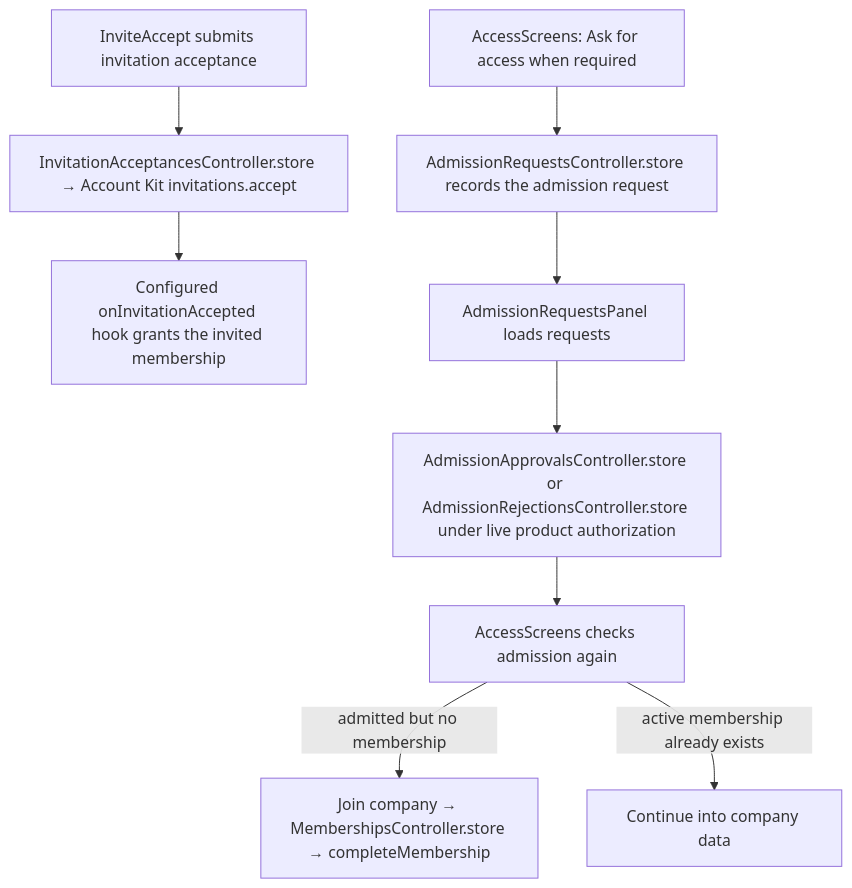
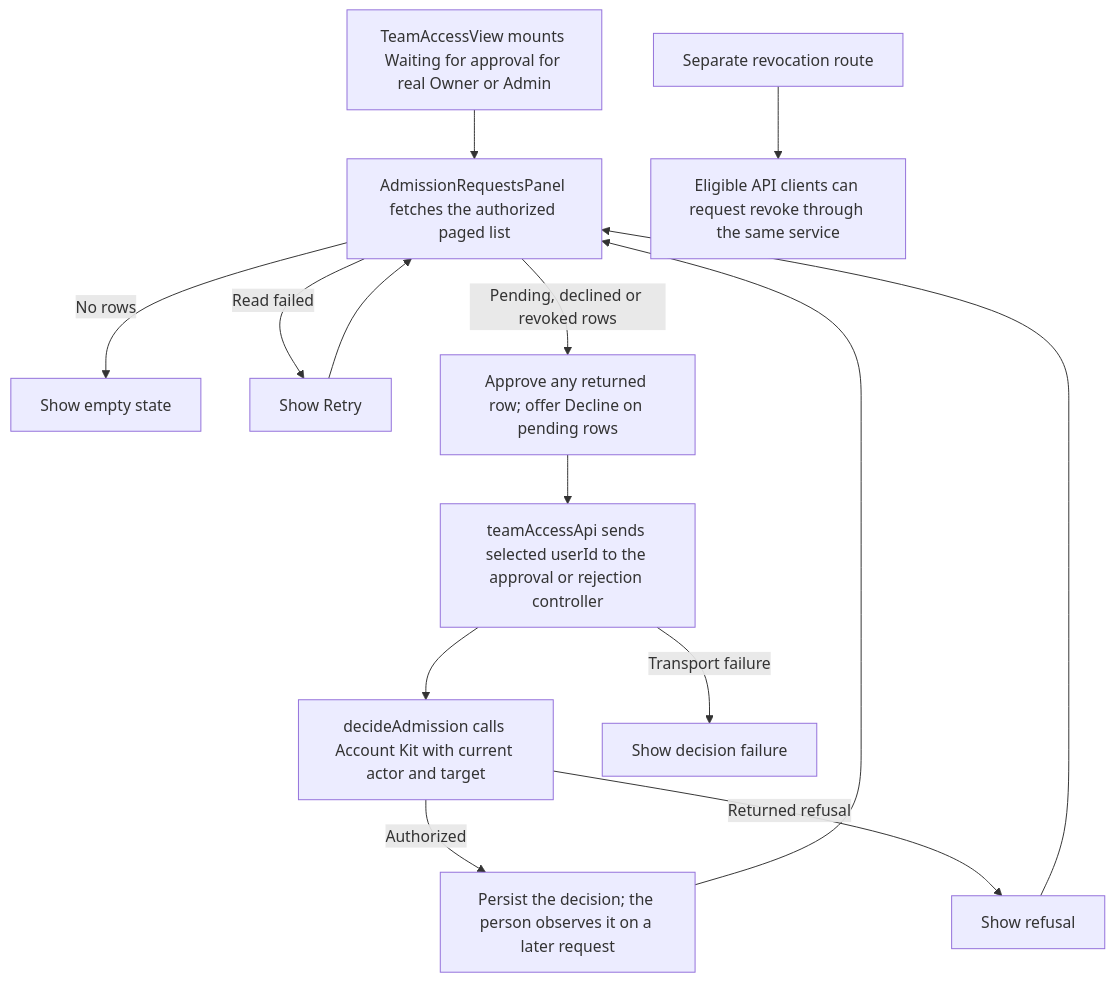
The second of 2 diagrams in user-stories/settings/US-SET-19-company-admission.md (Kevinjohn/capacitylens), drawn with Mermaid before and after one commit. The commit also changed other lines of this file and 172 other files, not shown here.

Commit message:
docs: reconcile user story code flows with source

````diff
--- a/user-stories/settings/US-SET-19-company-admission.md
+++ b/user-stories/settings/US-SET-19-company-admission.md
@@ -27,11 +27,16 @@
 ```mermaid
 flowchart TD
-accept["InviteAccept submits invitation acceptance"] --> kit["InvitationAcceptancesController.store → Account Kit invitations.accept"]
-  kit --> hook["Configured onInvitationAccepted hook grants the invited membership"]
-  ask["AccessScreens: Ask for access when required"] --> request["AdmissionRequestsController.store records the admission request"]
-  request --> panel["AdmissionRequestsPanel loads requests"]
-  panel --> decision["AdmissionApprovalsController.store or AdmissionRejectionsController.store under live product authorization"]
-  decision --> check["AccessScreens checks admission again"]
-  check -->|admitted but no membership| join["Join company → MembershipsController.store → completeMembership"]
-  check -->|active membership already exists| open["Continue into company data"]
+  team["TeamAccessView mounts Waiting for approval for real Owner or Admin"] --> list["AdmissionRequestsPanel fetches the authorized paged list"]
+  list -->|No rows| empty["Show empty state"]
+  list -->|Read failed| retry["Show Retry"]
+  retry --> list
+  list -->|Pending, declined or revoked rows| buttons["Approve any returned row; offer Decline on pending rows"]
+  buttons --> submit["teamAccessApi sends selected userId to the approval or rejection controller"]
+  submit --> service["decideAdmission calls Account Kit with current actor and target"]
+  service -->|Authorized| persist["Persist the decision; the person observes it on a later request"]
+  service -->|Returned refusal| error["Show refusal"]
+  error --> list
+  persist --> list
+  submit -->|Transport failure| uncertain["Show decision failure"]
+  retained["Separate revocation route"] --> api["Eligible API clients can request revoke through the same service"]
 ```
````
